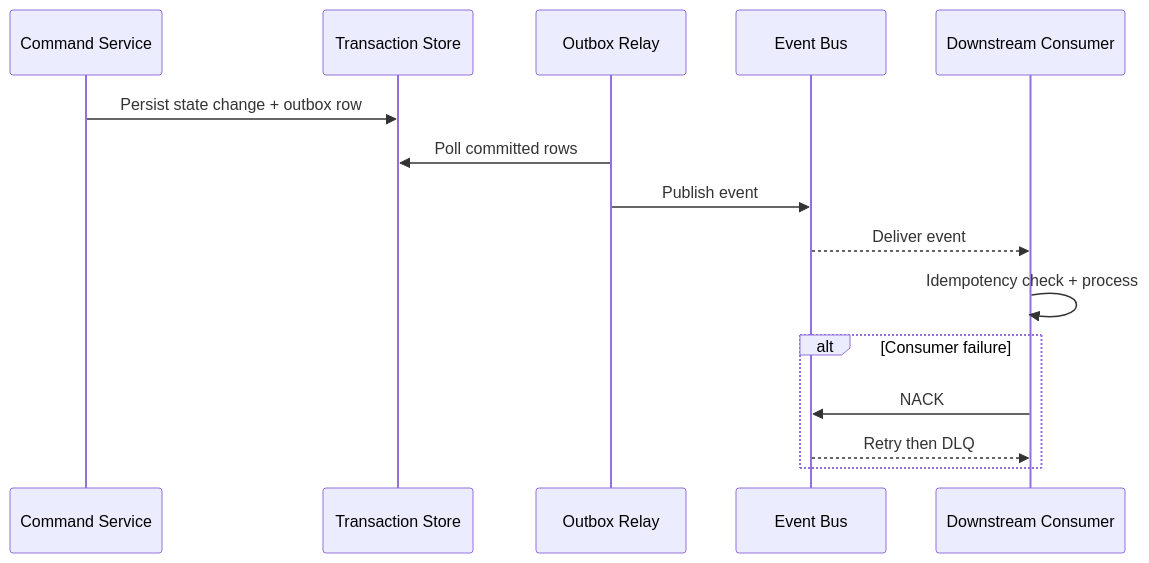
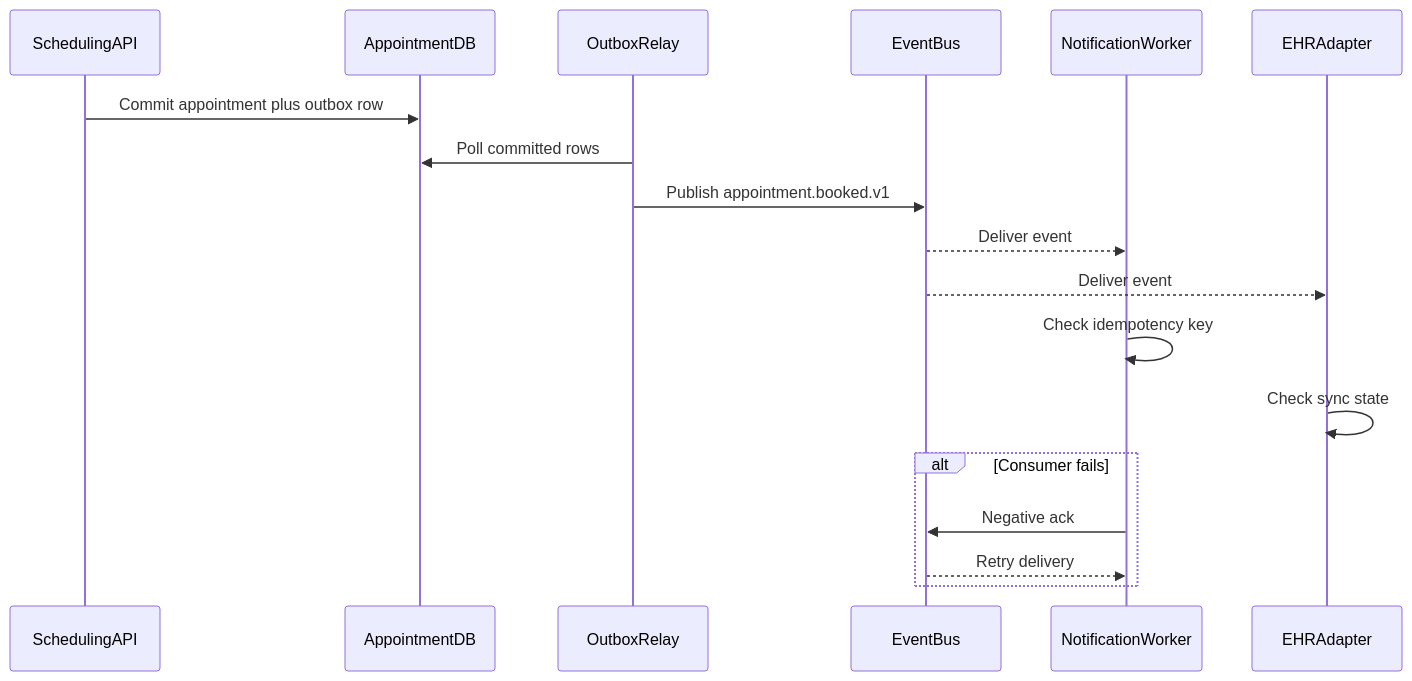
One commit to 0Ankit0/Project-Ideas changed the diagram in Healthcare Appointment System/analysis/event-catalog.md. Above: the diagram before and after it, drawn with Mermaid. The commit also changed other lines of this file and 18 other files, not shown here.

````diff
--- a/Healthcare Appointment System/analysis/event-catalog.md
+++ b/Healthcare Appointment System/analysis/event-catalog.md
@@ -21,17 +32,20 @@
 ```mermaid
 sequenceDiagram
-    participant API as Command Service
-    participant DB as Transaction Store
-    participant Outbox as Outbox Relay
-    participant Bus as Event Bus
-    participant Consumer as Downstream Consumer
-    API->>DB: Persist state change + outbox row
-    Outbox->>DB: Poll committed rows
-    Outbox->>Bus: Publish event
-    Bus-->>Consumer: Deliver event
-    Consumer->>Consumer: Idempotency check + process
-    alt Consumer failure
-        Consumer->>Bus: NACK
-        Bus-->>Consumer: Retry then DLQ
-    end
+  participant API as SchedulingAPI
+  participant DB as AppointmentDB
+  participant Outbox as OutboxRelay
+  participant Bus as EventBus
+  participant Notify as NotificationWorker
+  participant EHR as EHRAdapter
+  API->>DB: Commit appointment plus outbox row
+  Outbox->>DB: Poll committed rows
+  Outbox->>Bus: Publish appointment.booked.v1
+  Bus-->>Notify: Deliver event
+  Bus-->>EHR: Deliver event
+  Notify->>Notify: Check idempotency key
+  EHR->>EHR: Check sync state
+  alt Consumer fails
+    Notify->>Bus: Negative ack
+    Bus-->>Notify: Retry delivery
+  end
 ```
````
